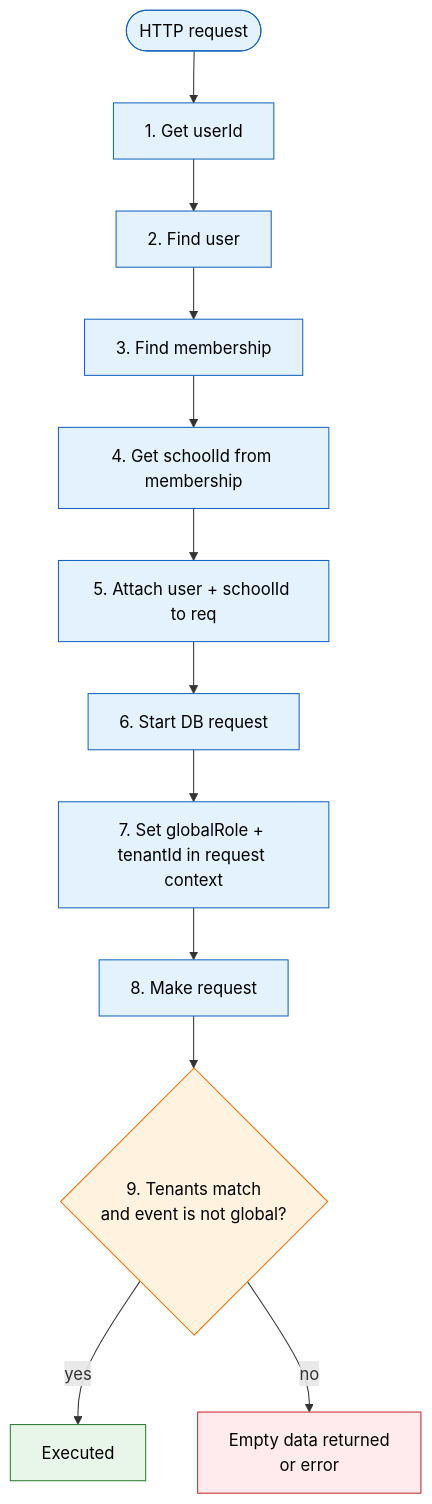
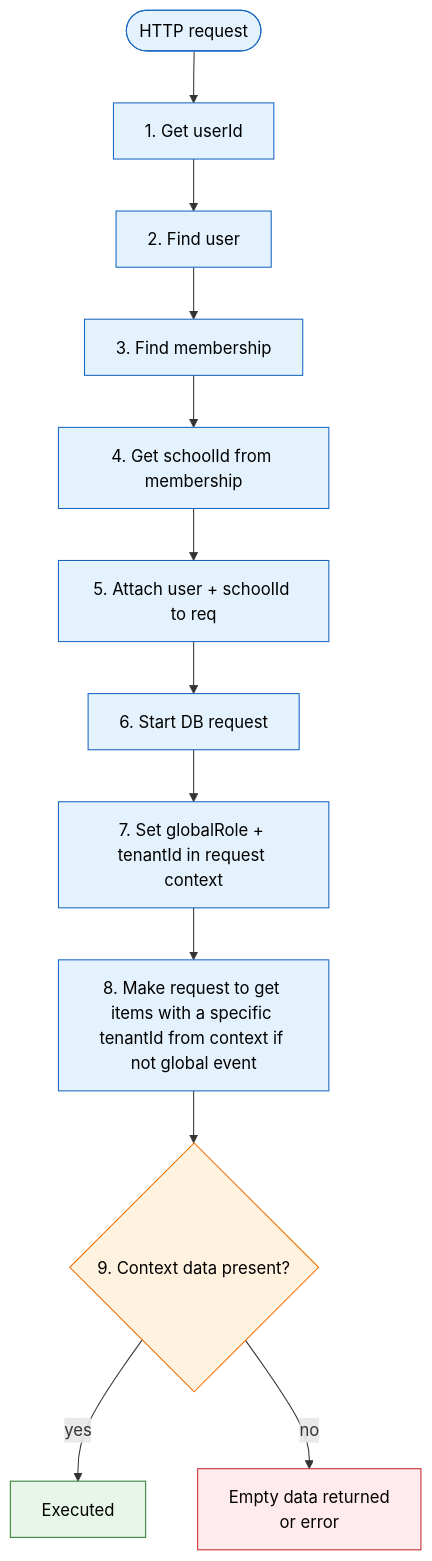
Before and after one commit to KaterynaKocheharova/Multi-tenant-architecture: the diagram in diagrams/tenant-context-propagation.mmd, drawn with Mermaid.

Commit message:
edit tenant context propagation v2

```diff
--- a/diagrams/tenant-context-propagation.mmd
+++ b/diagrams/tenant-context-propagation.mmd
@@ -1,28 +1,28 @@
 flowchart TD
 
     REQ(["HTTP request"])
     S1["1. Get userId"]
     S2["2. Find user"]
     S3["3. Find membership"]
     S4["4. Get schoolId from membership"]
     S5["5. Attach user + schoolId to req"]
     S6["6. Start DB request"]
     S7["7. Set globalRole + tenantId in request context"]
-    S8["8. Make request"]
-    S9{"9. Tenants match\nand event is not global?"}
+    S8["8. Make request to get items with a specific tenantId from context if not global event"]
+    S9{"9. Context data present? "}
     OK["Executed"]
     DENY["Empty data returned\nor error"]
 
     REQ --> S1 --> S2 --> S3 --> S4 --> S5 --> S6 --> S7 --> S8 --> S9
     S9 -->|yes| OK
     S9 -->|no| DENY
 
     classDef step fill:#E3F2FD,stroke:#1565C0,color:#000
     classDef decision fill:#FFF3E0,stroke:#EF6C00,color:#000
     classDef ok fill:#E8F5E9,stroke:#2E7D32,color:#000
     classDef deny fill:#FFEBEE,stroke:#C62828,color:#000
 
     class REQ,S1,S2,S3,S4,S5,S6,S7,S8 step
     class S9 decision
     class OK ok
     class DENY deny
```
